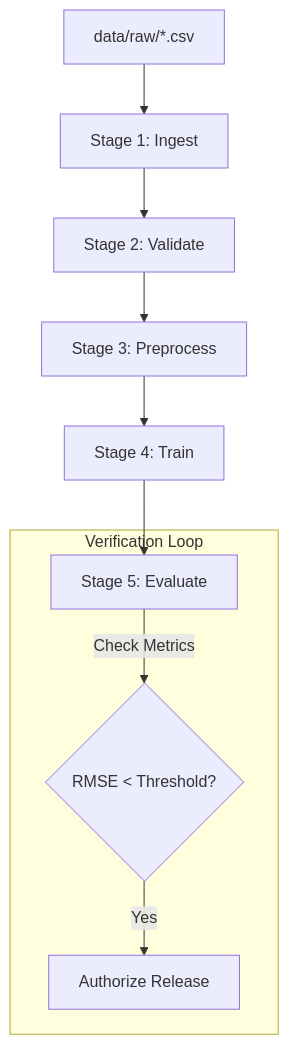
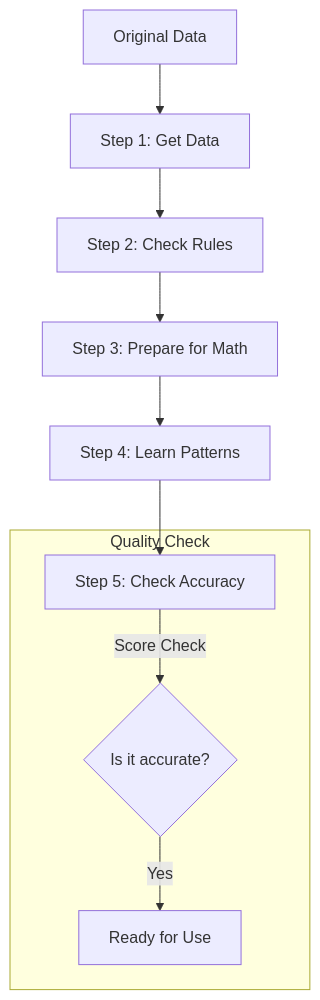
One commit to iammohith/MLOps-System-for-Clinical-Treatment-Outcome-Prediction changed the diagram in pipelines/README.md. Above: the diagram before and after it, drawn with Mermaid. The commit also changed other lines of this file and 9 other files, not shown here.

````diff
--- a/pipelines/README.md
+++ b/pipelines/README.md
@@ -15,13 +14,13 @@
 ```mermaid
 graph TD
-    A["data/raw/*.csv"] --> B["Stage 1: Ingest"]
-    B --> C["Stage 2: Validate"]
-    C --> D["Stage 3: Preprocess"]
-    D --> E["Stage 4: Train"]
-    E --> F["Stage 5: Evaluate"]
+    A["Original Data"] --> B["Step 1: Get Data"]
+    B --> C["Step 2: Check Rules"]
+    C --> D["Step 3: Prepare for Math"]
+    D --> E["Step 4: Learn Patterns"]
+    E --> F["Step 5: Check Accuracy"]
 
-    subgraph "Verification Loop"
-        F -- "Check Metrics" --> G{"RMSE < Threshold?"}
-        G -- "Yes" --> H["Authorize Release"]
+    subgraph "Quality Check"
+        F -- "Score Check" --> G{"Is it accurate?"}
+        G -- "Yes" --> H["Ready for Use"]
     end
 ```
````
